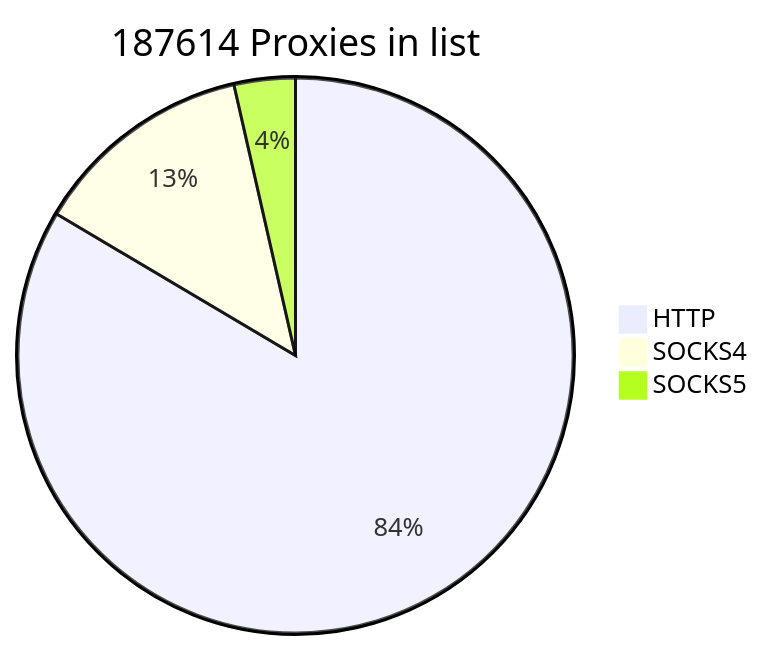
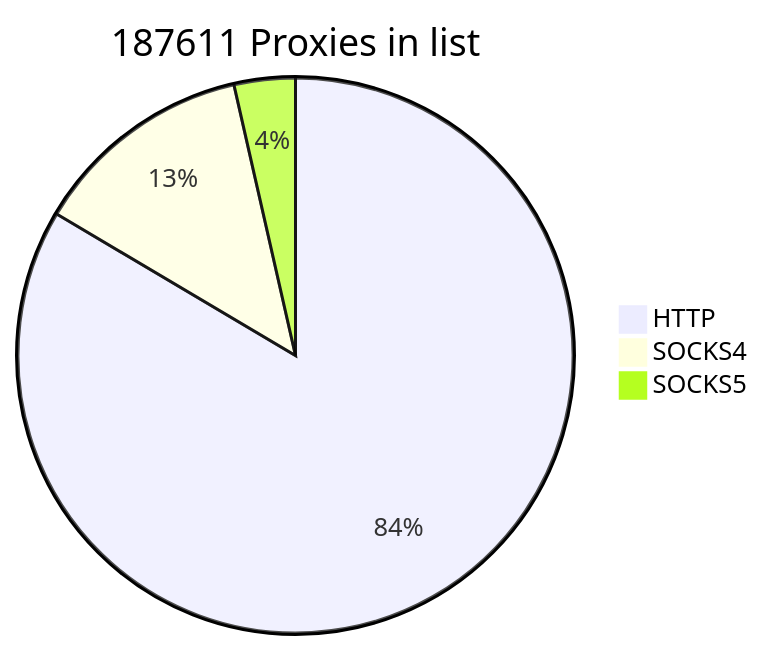
The first of 2 diagrams in README.md (cutipu/proxylist), drawn with Mermaid before and after one commit. The commit also changed other lines of this file, not shown here.

````diff
--- a/README.md
+++ b/README.md
@@ -2,7 +2,7 @@
 ```mermaid
-pie title 187614 Proxies in list
+pie title 187611 Proxies in list
     "HTTP" : 156679
-    "SOCKS4" : 24258
+    "SOCKS4" : 24255
     "SOCKS5" : 6677
             
 ```
````
